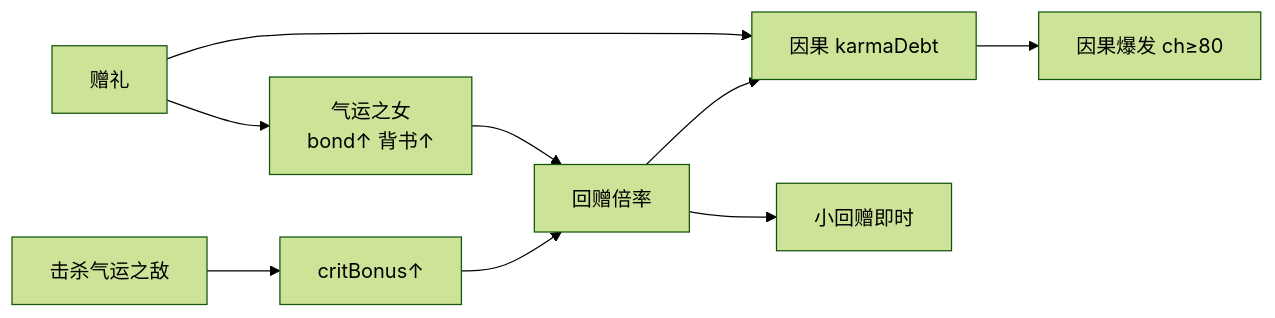
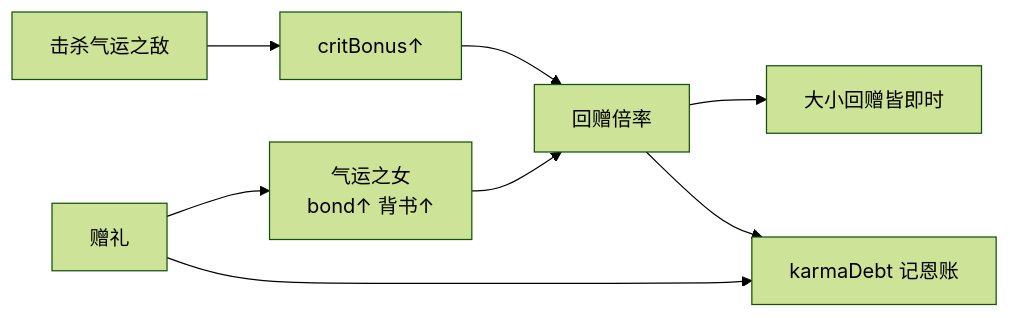
One commit to holyjing88/NovelProject changed the diagram in docs/还礼仙翁传/12-气运系统.md. Above: the diagram before and after it, drawn with Mermaid (forest theme). The commit also changed other lines of this file and 420 other files, not shown here.

````diff
--- a/docs/还礼仙翁传/12-气运系统.md
+++ b/docs/还礼仙翁传/12-气运系统.md
@@ -128,11 +128,10 @@
 ```mermaid
 flowchart LR
     GIFT["赠礼"] --> ALLY["气运之女<br/>bond↑ 背书↑"]
     GIFT --> DEBT["因果 karmaDebt"]
     BATTLE["击杀气运之敌"] --> CRIT["critBonus↑"]
     ALLY --> MULT["回赠倍率"]
     CRIT --> MULT
-    MULT --> INST["小回赠即时"]
-    MULT --> DEBT
-    DEBT --> BURST["因果爆发 ch≥80"]
+    MULT --> INST["大小回赠皆即时"]
+    MULT --> DEBT["karmaDebt 记恩账"]
 ```
````
